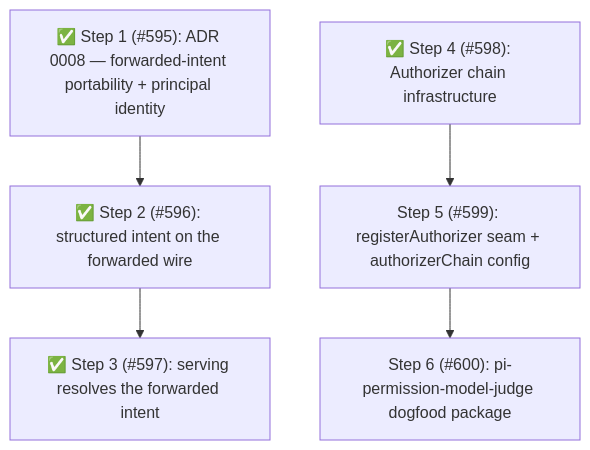
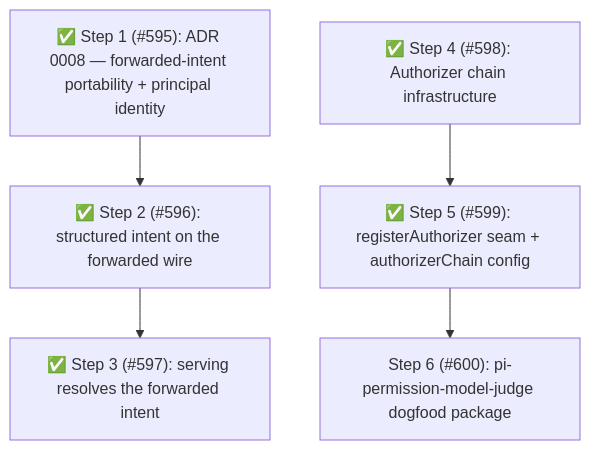
The fourth of 4 diagrams in docs/architecture/architecture.md (sycghj/pi-permission-system), drawn with Mermaid before and after one commit. The commit also changed other lines of this file and 3 other files, not shown here.

Commit message:
docs(pi-permission-system): document registerAuthorizer + authorizerChain and mark Phase 12 Step 5 complete (#599)

````diff
--- a/docs/architecture/architecture.md
+++ b/docs/architecture/architecture.md
@@ -922,7 +927,7 @@
 ```mermaid
 flowchart TD
     S1["✅ Step 1 (#595): ADR 0008 — forwarded-intent portability + principal identity"] --> S2["✅ Step 2 (#596): structured intent on the forwarded wire"]
     S2 --> S3["✅ Step 3 (#597): serving resolves the forwarded intent"]
-    S4["✅ Step 4 (#598): Authorizer chain infrastructure"] --> S5["Step 5 (#599): registerAuthorizer seam + authorizerChain config"]
+    S4["✅ Step 4 (#598): Authorizer chain infrastructure"] --> S5["✅ Step 5 (#599): registerAuthorizer seam + authorizerChain config"]
     S5 --> S6["Step 6 (#600): pi-permission-model-judge dogfood package"]
 ```
````
